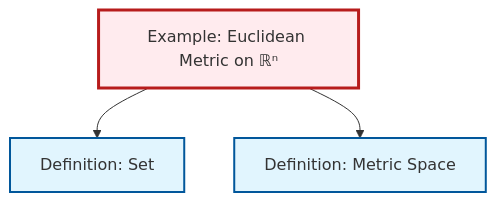
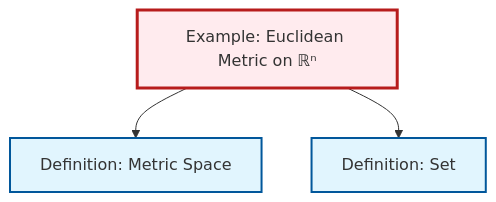
The diagram in content/ja/geometry/ex-euclidean-metric.qmd (RK0429/ModernMath), drawn with Mermaid before and after one commit. The commit also changed other lines of this file and 491 other files, not shown here.

````diff
--- a/content/ja/geometry/ex-euclidean-metric.qmd
+++ b/content/ja/geometry/ex-euclidean-metric.qmd
@@ -52,17 +52,17 @@
 ```{mermaid}
 %%| fig-cap: "Local dependency graph"
 graph TD
     classDef definition fill:#e1f5fe,stroke:#01579b,stroke-width:2px
     classDef theorem fill:#f3e5f5,stroke:#4a148c,stroke-width:2px
     classDef axiom fill:#fff3e0,stroke:#e65100,stroke-width:2px
     classDef example fill:#e8f5e9,stroke:#1b5e20,stroke-width:2px
     classDef current fill:#ffebee,stroke:#b71c1c,stroke-width:3px
     def-set["Definition: Set"]:::definition
     def-metric-space["Definition: Metric Space"]:::definition
     ex-euclidean-metric["Example: Euclidean Metric on ℝⁿ"]:::example
+    ex-euclidean-metric --> def-metric-space
     ex-euclidean-metric --> def-set
-    ex-euclidean-metric --> def-metric-space
     class ex-euclidean-metric current
     click def-set "def-set.html" "Definition: Setへ"
     click def-metric-space "def-metric-space.html" "Definition: Metric Spaceへ"
 ```
````
